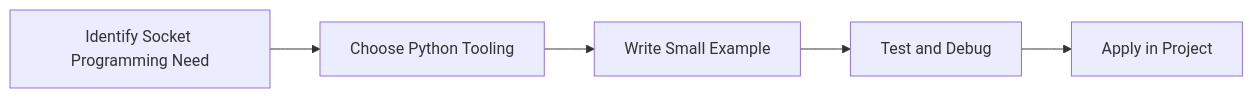
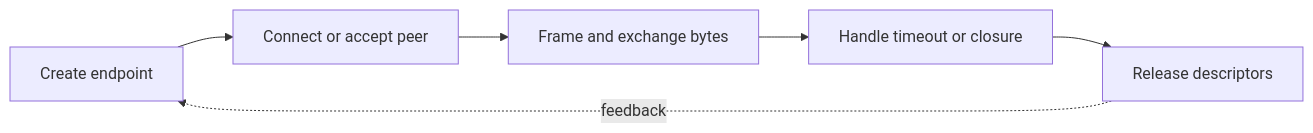
The diagram in Python-Mastery/Advanced/14-socket-programming.md (SYMOIZ/E-Learning-Portal), drawn with Mermaid before and after one commit. The commit also changed other lines of this file and 116 other files, not shown here.

````diff
--- a/Python-Mastery/Advanced/14-socket-programming.md
+++ b/Python-Mastery/Advanced/14-socket-programming.md
@@ -133,7 +174,8 @@
 ```mermaid
 flowchart LR
-    A[Identify Socket Programming Need] --> B[Choose Python Tooling]
-    B --> C[Write Small Example]
-    C --> D[Test and Debug]
-    D --> E[Apply in Project]
+    A[Create endpoint] --> B[Connect or accept peer]
+    B --> C[Frame and exchange bytes]
+    C --> D[Handle timeout or closure]
+    D --> E[Release descriptors]
+    E -. feedback .-> A
 ```
````
